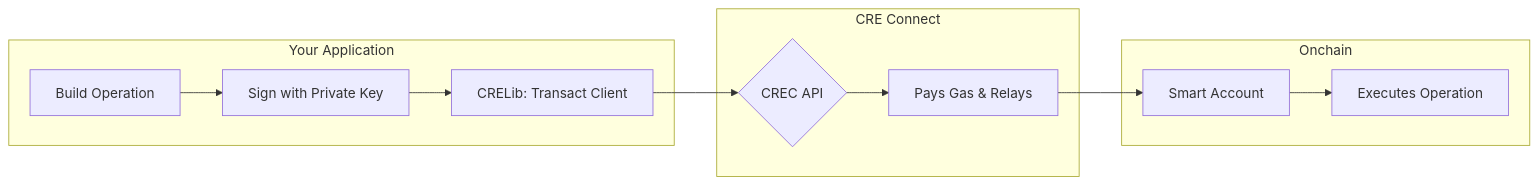
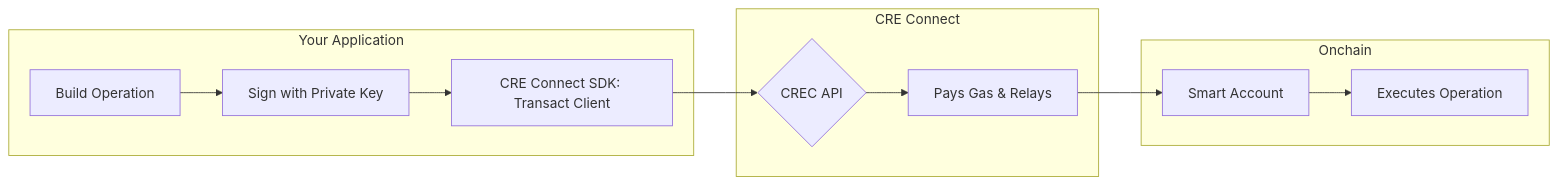
The second of 2 diagrams in README.md (smartcontractkit/crec-sdk), drawn with Mermaid before and after one commit. The commit also changed other lines of this file, not shown here.

First line of the commit message:
Update README.md with CRE Connect SDK vs CRELib (#55)

````diff
--- a/README.md
+++ b/README.md
@@ -124,20 +124,20 @@
 ```mermaid
 graph LR
     subgraph Your Application
         A[Build Operation]
         B[Sign with Private Key]
-        C[CRELib: Transact Client]
+        C[CRE Connect SDK: Transact Client]
     end
 
     subgraph CRE Connect
         D{CREC API}
         E[Pays Gas & Relays]
     end
 
     subgraph Onchain
         F[Smart Account]
         G[Executes Operation]
     end
 
     A --> B --> C --> D --> E --> F --> G
 ```
````
